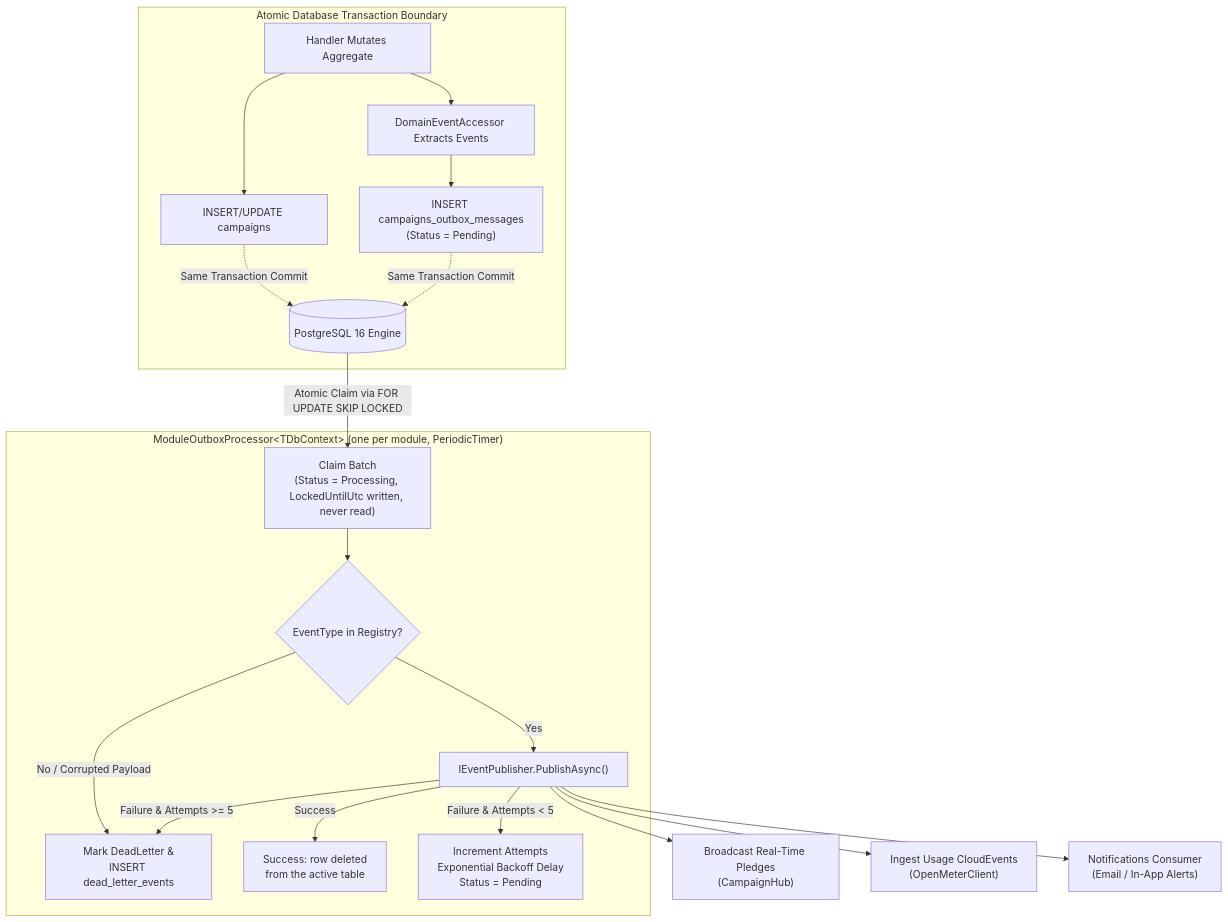
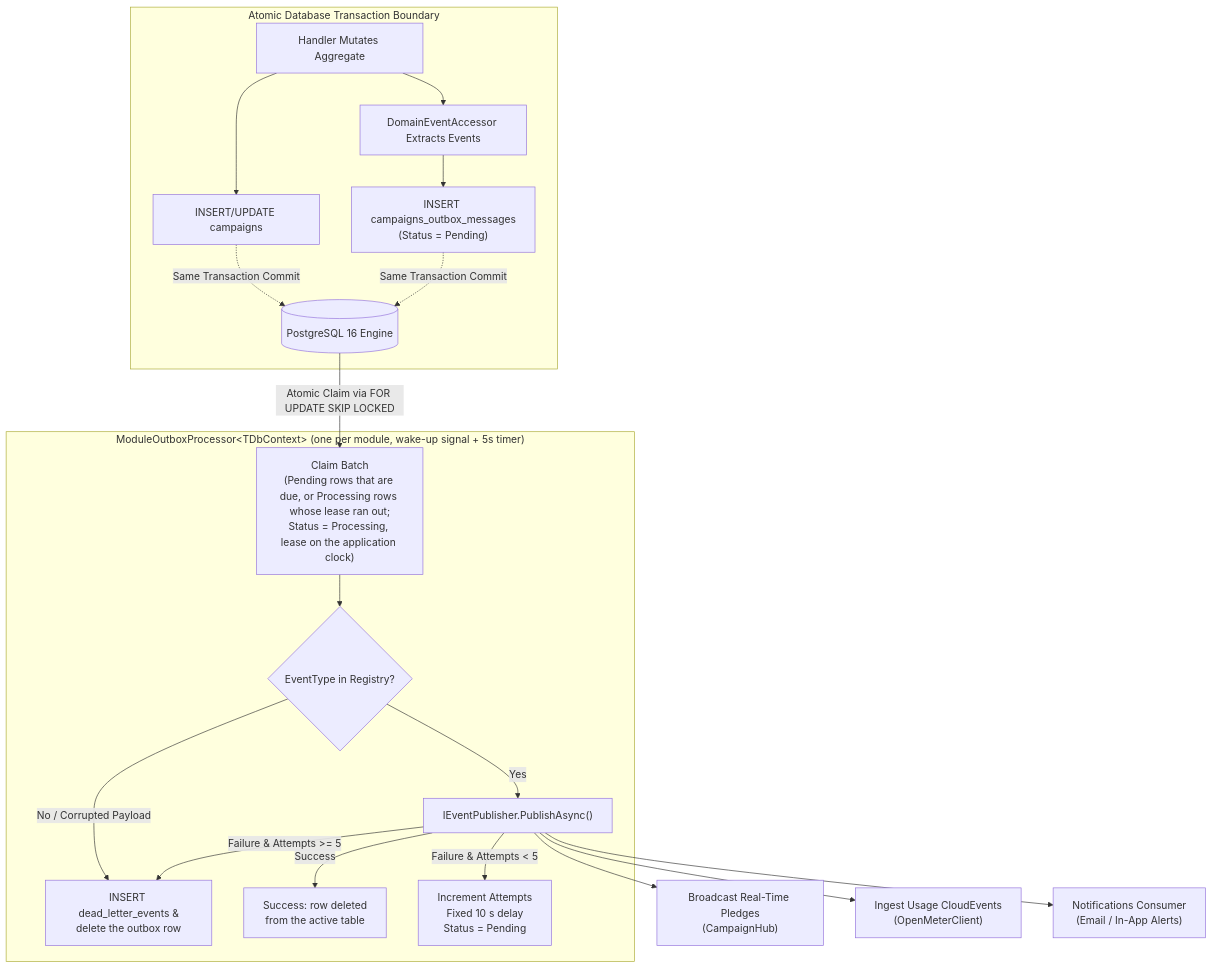
The fifth of 12 diagrams in docs/ARCHITECTURE_AND_LIBRARIES.md (maysamgamini/crowdfundinghub), drawn with Mermaid before and after one commit. The commit also changed other lines of this file and 31 other files, not shown here.

````diff
--- a/docs/ARCHITECTURE_AND_LIBRARIES.md
+++ b/docs/ARCHITECTURE_AND_LIBRARIES.md
@@ -289,26 +289,26 @@
 ```mermaid
 flowchart TD
     subgraph TxBoundary["Atomic Database Transaction Boundary"]
         Cmd[Handler Mutates Aggregate] --> SaveAgg[INSERT/UPDATE campaigns]
         Cmd --> GetEvents[DomainEventAccessor Extracts Events]
         GetEvents --> SaveOutbox["INSERT campaigns_outbox_messages<br/>(Status = Pending)"]
         SaveAgg -.->|Same Transaction Commit| DB[(PostgreSQL 16 Engine)]
         SaveOutbox -.->|Same Transaction Commit| DB
     end
 
-    subgraph BackgroundWorker["ModuleOutboxProcessor&lt;TDbContext&gt; (one per module, PeriodicTimer)"]
-        DB -->|Atomic Claim via FOR UPDATE SKIP LOCKED| ClaimBatch["Claim Batch<br/>(Status = Processing, LockedUntilUtc written, never read)"]
+    subgraph BackgroundWorker["ModuleOutboxProcessor&lt;TDbContext&gt; (one per module, wake-up signal + 5s timer)"]
+        DB -->|Atomic Claim via FOR UPDATE SKIP LOCKED| ClaimBatch["Claim Batch<br/>(Pending rows that are due, or Processing rows whose lease ran out;<br/>Status = Processing, lease on the application clock)"]
         ClaimBatch --> CheckType{EventType in Registry?}
         
-        CheckType -->|No / Corrupted Payload| DeadLetter["Mark DeadLetter &<br/>INSERT dead_letter_events"]
+        CheckType -->|No / Corrupted Payload| DeadLetter["INSERT dead_letter_events &<br/>delete the outbox row"]
         CheckType -->|Yes| PublishEvt["IEventPublisher.PublishAsync()"]
         
         PublishEvt -->|Success| Processed["Success: row deleted<br/>from the active table"]
-        PublishEvt -->|Failure & Attempts < 5| RetryPending["Increment Attempts<br/>Exponential Backoff Delay<br/>Status = Pending"]
+        PublishEvt -->|Failure & Attempts < 5| RetryPending["Increment Attempts<br/>Fixed 10 s delay<br/>Status = Pending"]
         PublishEvt -->|Failure & Attempts >= 5| DeadLetter
     end
 
     PublishEvt --> SignalR["Broadcast Real-Time Pledges<br/>(CampaignHub)"]
     PublishEvt --> OpenMeter["Ingest Usage CloudEvents<br/>(OpenMeterClient)"]
     PublishEvt --> NotifModule["Notifications Consumer<br/>(Email / In-App Alerts)"]
 ```
````
